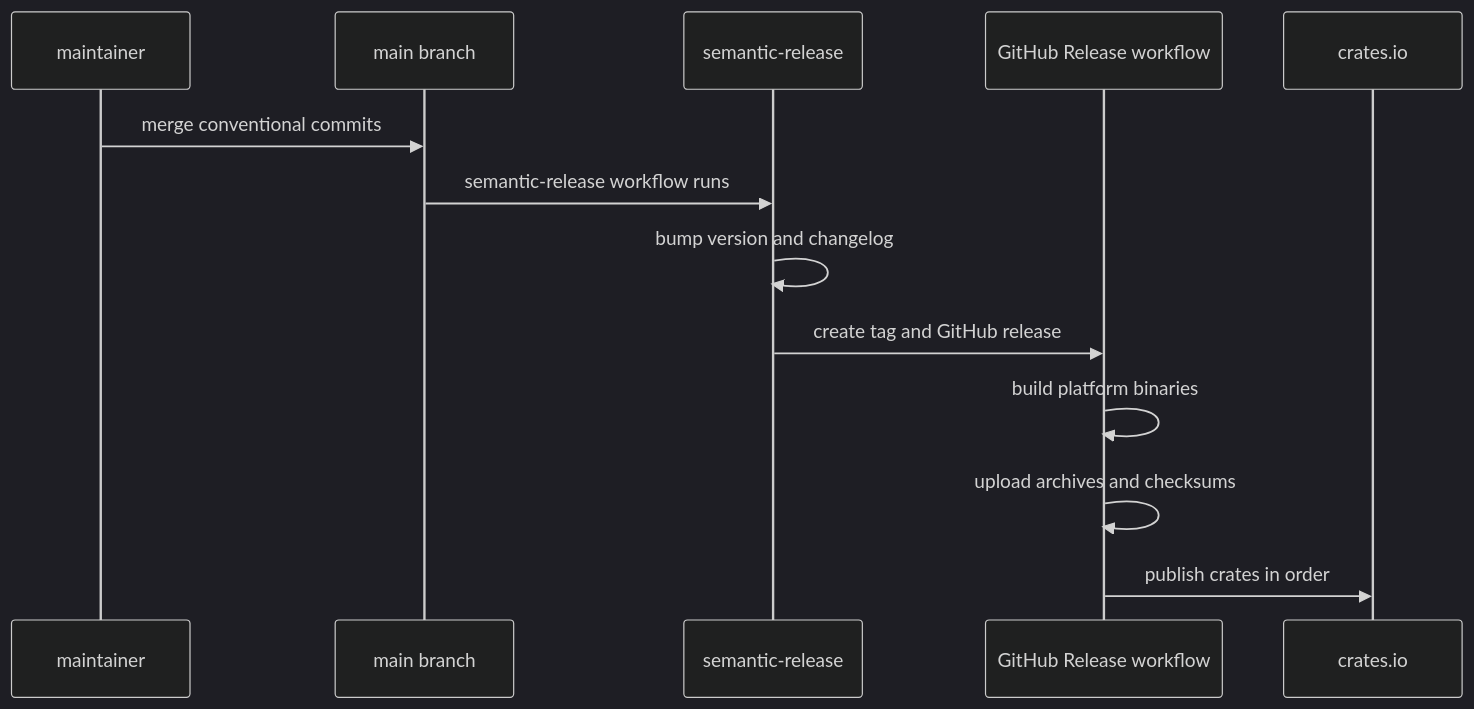
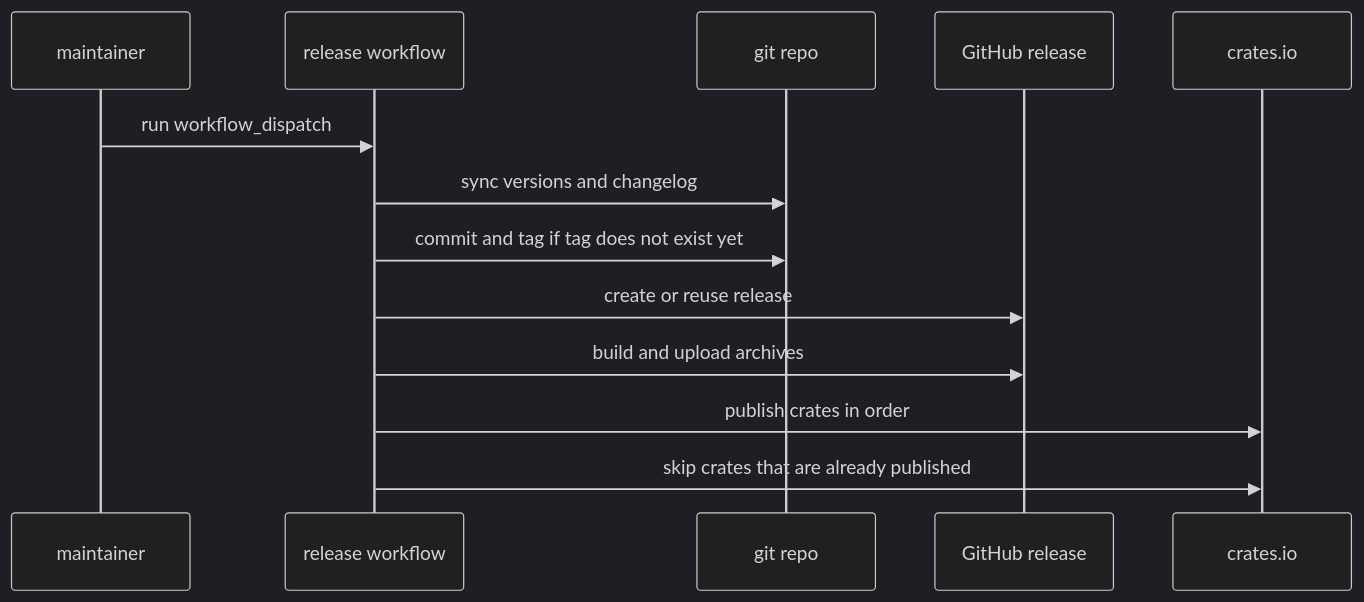
The second of 2 diagrams in docs/releasing.md (chaqchase/syft), drawn with Mermaid (dark theme) before and after one commit. The commit also changed other lines of this file and 13 other files, not shown here.

Commit message:
chore: update workspace crate versions to 0.2.0 and remove semantic-release workflow

````diff
--- a/docs/releasing.md
+++ b/docs/releasing.md
@@ -46,16 +50,16 @@
 ```mermaid
 sequenceDiagram
     participant Dev as maintainer
-    participant Main as main branch
-    participant SR as semantic-release
-    participant GH as GitHub Release workflow
+    participant WF as release workflow
+    participant Git as git repo
+    participant GH as GitHub release
     participant CR as crates.io
 
-    Dev->>Main: merge conventional commits
-    Main->>SR: semantic-release workflow runs
-    SR->>SR: bump version and changelog
-    SR->>GH: create tag and GitHub release
-    GH->>GH: build platform binaries
-    GH->>GH: upload archives and checksums
-    GH->>CR: publish crates in order
+    Dev->>WF: run workflow_dispatch
+    WF->>Git: sync versions and changelog
+    WF->>Git: commit and tag if tag does not exist yet
+    WF->>GH: create or reuse release
+    WF->>GH: build and upload archives
+    WF->>CR: publish crates in order
+    WF->>CR: skip crates that are already published
 ```
````
